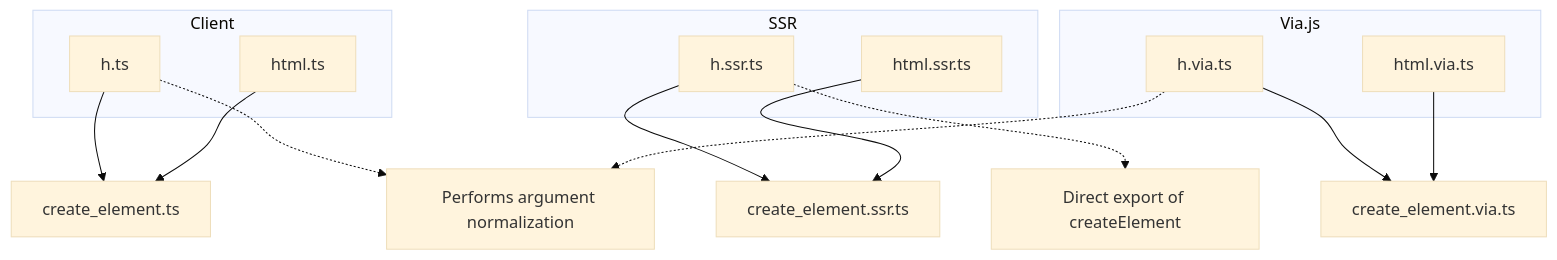
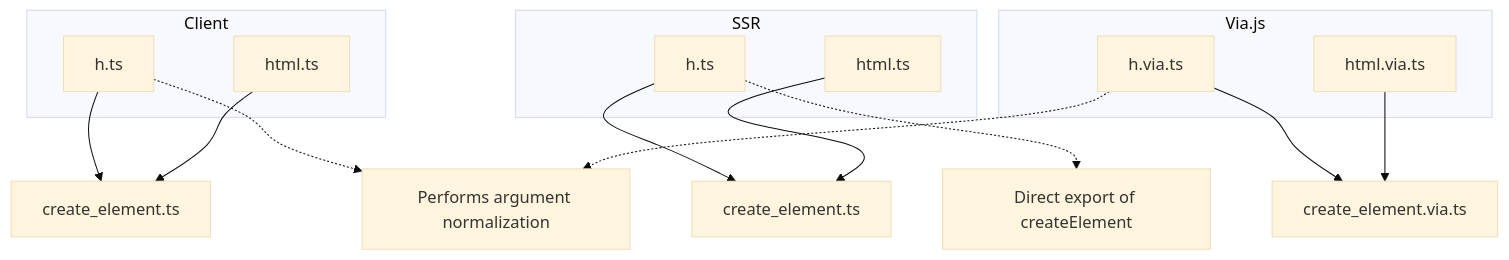
The fourth of 5 diagrams in .qoder/repowiki/en/content/API Reference/Core Methods/Hyperscript Utilities/Hyperscript Utilities.md (wobyjs/woby), drawn with Mermaid (base theme) before and after one commit. The commit also changed other lines of this file and 36 other files, not shown here.

````diff
--- a/.qoder/repowiki/en/content/API Reference/Core Methods/Hyperscript Utilities/Hyperscript Utilities.md
+++ b/.qoder/repowiki/en/content/API Reference/Core Methods/Hyperscript Utilities/Hyperscript Utilities.md
@@ -125,24 +125,24 @@
 ```mermaid
 graph TB
 subgraph "Client"
 HClient[h.ts]
 HtmlClient[html.ts]
 end
 subgraph "SSR"
-HSsr[h.ssr.ts]
-HtmlSsr[html.ssr.ts]
+HSsr[h.ts]
+HtmlSsr[html.ts]
 end
 subgraph "Via.js"
 HVia[h.via.ts]
 HtmlVia[html.via.ts]
 end
 HClient --> CreateElementClient["create_element.ts"]
 HtmlClient --> CreateElementClient
-HSsr --> CreateElementSsr["create_element.ssr.ts"]
+HSsr --> CreateElementSsr["create_element.ts"]
 HtmlSsr --> CreateElementSsr
 HVia --> CreateElementVia["create_element.via.ts"]
 HtmlVia --> CreateElementVia
 HClient -.-> Normalization["Performs argument normalization"]
 HSsr -.-> Direct["Direct export of createElement"]
 HVia -.-> Normalization
 ```
````
